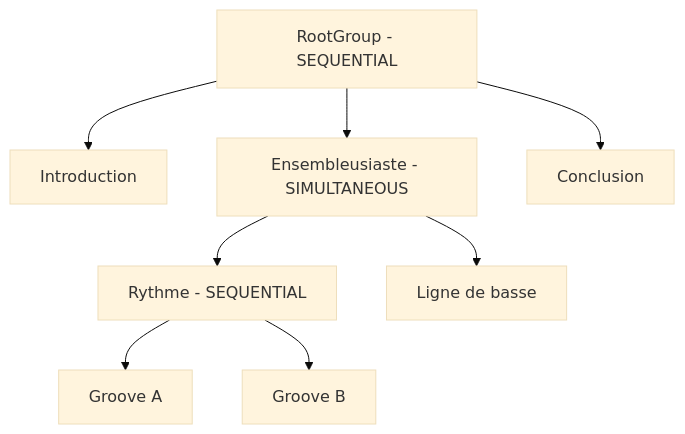
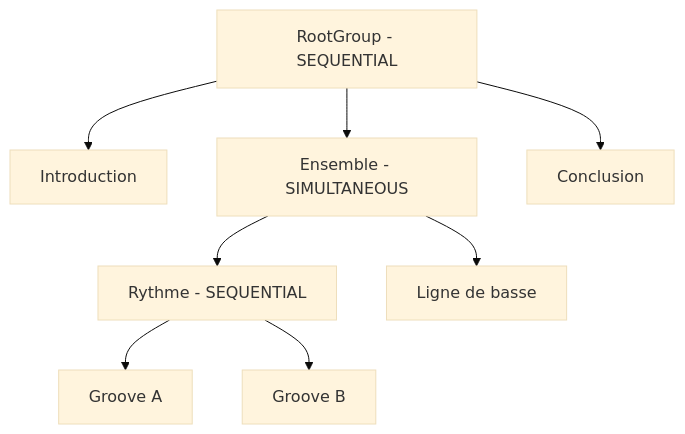
The third of 4 diagrams in etudes-de-cas.md (LucasBertrand/pianola-doc), drawn with Mermaid (base theme) before and after one commit.

Commit message:
Fix nested playback case label

````diff
--- a/etudes-de-cas.md
+++ b/etudes-de-cas.md
@@ -77,10 +77,10 @@
 ```mermaid
 flowchart TD
     Root["RootGroup - SEQUENTIAL"] --> Intro["Introduction"]
-    Root --> Ensemble["Ensembleusiaste - SIMULTANEOUS"]
+    Root --> Ensemble["Ensemble - SIMULTANEOUS"]
     Root --> Conclusion["Conclusion"]
     Ensemble --> Rythme["Rythme - SEQUENTIAL"]
     Ensemble --> Basse["Ligne de basse"]
     Rythme --> GrooveA["Groove A"]
     Rythme --> GrooveB["Groove B"]
 ```
````
